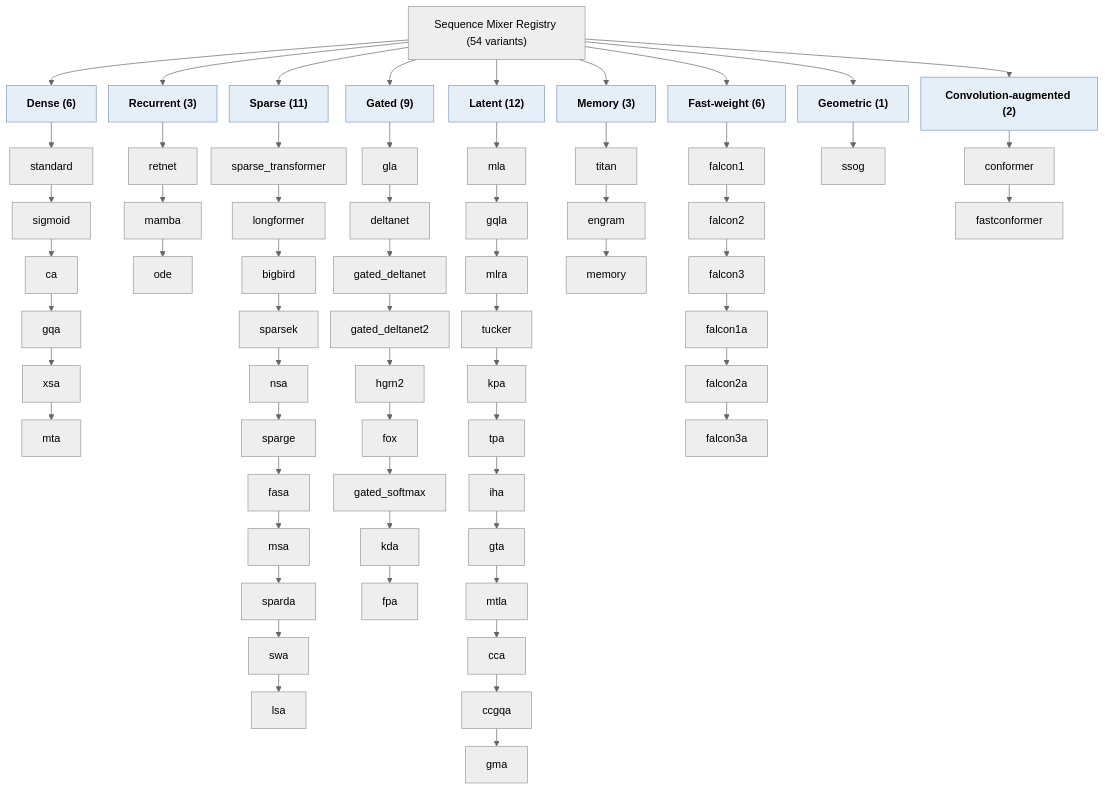
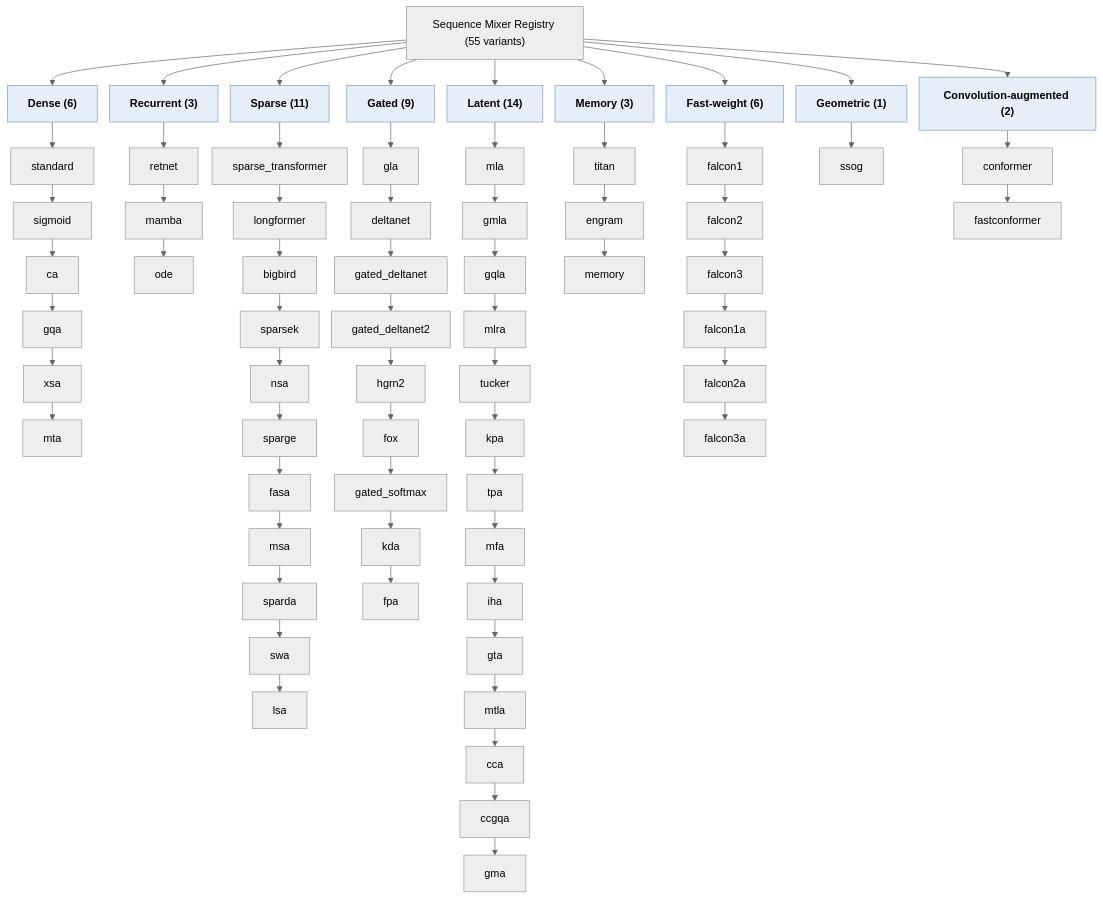
Before and after one commit to erickfmm/frankenstein-transformer: the diagram in docs/paper/figures/mixer-taxonomy.mmd, drawn with Mermaid. The commit also changed 46 other files, not shown here.

```diff
--- a/docs/paper/figures/mixer-taxonomy.mmd
+++ b/docs/paper/figures/mixer-taxonomy.mmd
@@ -1,34 +1,34 @@
 %%{init: {"theme":"neutral","flowchart":{"curve":"basis","nodeSpacing":18,"rankSpacing":26}}}%%
 flowchart TD
-  root["Sequence Mixer Registry (54 variants)"]
+  root["Sequence Mixer Registry (55 variants)"]
 
   d["Dense (6)"] --> d1["standard"] --> d2["sigmoid"] --> d2b["ca"] --> d3["gqa"] --> d4["xsa"] --> d5["mta"]
 
   r["Recurrent (3)"] --> r1["retnet"] --> r2["mamba"] --> r3["ode"]
 
   s["Sparse (11)"] --> s1["sparse_transformer"] --> s2["longformer"] --> s3["bigbird"] --> s4["sparsek"] --> s5["nsa"] --> s6["sparge"] --> s7["fasa"] --> s8["msa"] --> s9["sparda"] --> s10["swa"] --> s11["lsa"]
 
   g["Gated (9)"] --> g1["gla"] --> g2["deltanet"] --> g3["gated_deltanet"] --> g4["gated_deltanet2"] --> g5["hgrn2"] --> g6["fox"] --> g7["gated_softmax"] --> g8["kda"] --> g9["fpa"]
 
-  l["Latent (12)"] --> l1["mla"] --> l2["gqla"] --> l3["mlra"] --> l4["tucker"] --> l5["kpa"] --> l5b["tpa"] --> l6["iha"] --> l7["gta"] --> l8["mtla"] --> l9["cca"] --> l10["ccgqa"] --> l11["gma"]
+  l["Latent (14)"] --> l1["mla"] --> l1b["gmla"] --> l2["gqla"] --> l3["mlra"] --> l4["tucker"] --> l5["kpa"] --> l5b["tpa"] --> l5c["mfa"] --> l6["iha"] --> l7["gta"] --> l8["mtla"] --> l9["cca"] --> l10["ccgqa"] --> l11["gma"]
 
   m["Memory (3)"] --> m1["titan"] --> m2["engram"] --> m3["memory"]
 
   f["Fast-weight (6)"] --> f1["falcon1"] --> f2["falcon2"] --> f3["falcon3"] --> f4["falcon1a"] --> f5["falcon2a"] --> f6["falcon3a"]
 
   x["Geometric (1)"] --> x1["ssog"]
 
   c["Convolution-augmented (2)"] --> c1["conformer"] --> c2["fastconformer"]
 
   root --> d
   root --> r
   root --> s
   root --> g
   root --> l
   root --> m
   root --> f
   root --> x
   root --> c
 
   classDef category fill:#e6eef7,stroke:#7f9bbf,font-weight:bold
   class d,r,s,g,l,m,f,x,c category
```
